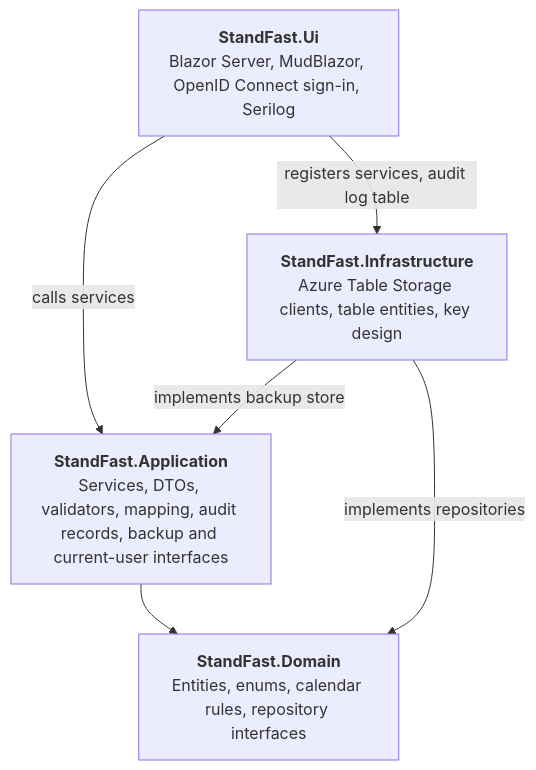
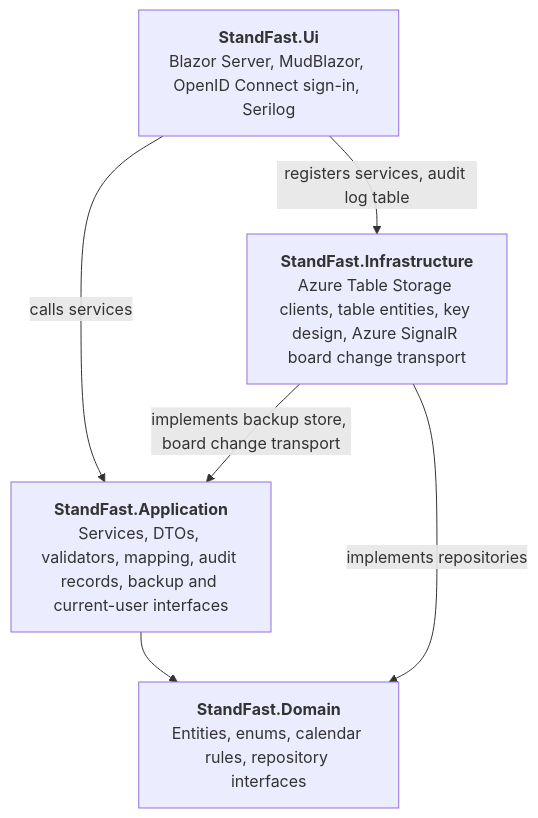
One commit to geekfog/StandFast changed the third of 3 diagrams in README.md. Above: the diagram before and after it, drawn with Mermaid. The commit also changed other lines of this file and 25 other files, not shown here.

Commit message:
Everyone viewing the same standup and date now sees each other's board changes within moments, on any server, using Azure SignalR Service on its Free tier unless an environment's variable group sets another tier.

````diff
--- a/README.md
+++ b/README.md
@@ -160,13 +165,13 @@
 ```mermaid
 flowchart TB
     Ui["<b>StandFast.Ui</b><br/>Blazor Server, MudBlazor, OpenID Connect sign-in, Serilog"]
     Application["<b>StandFast.Application</b><br/>Services, DTOs, validators, mapping, audit records, backup and current-user interfaces"]
     Domain["<b>StandFast.Domain</b><br/>Entities, enums, calendar rules, repository interfaces"]
-    Infrastructure["<b>StandFast.Infrastructure</b><br/>Azure Table Storage clients, table entities, key design"]
+    Infrastructure["<b>StandFast.Infrastructure</b><br/>Azure Table Storage clients, table entities, key design, Azure SignalR board change transport"]
 
     Ui -- calls services --> Application
     Ui -- registers services, audit log table --> Infrastructure
     Application --> Domain
-    Infrastructure -- implements backup store --> Application
+    Infrastructure -- implements backup store, board change transport --> Application
     Infrastructure -- implements repositories --> Domain
 ```
````
